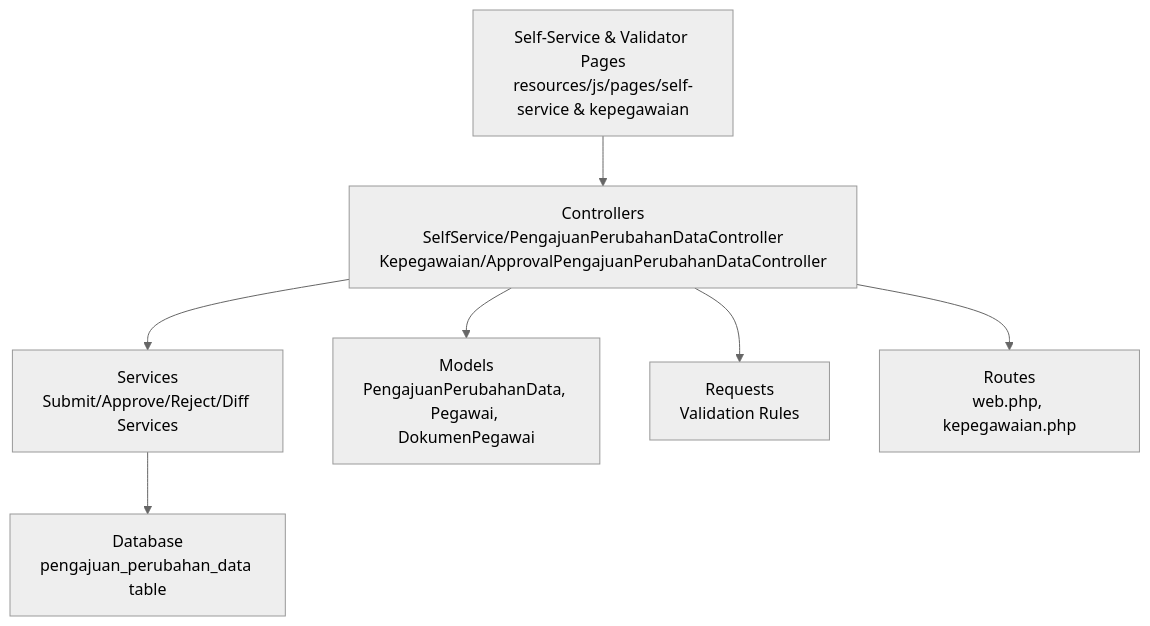
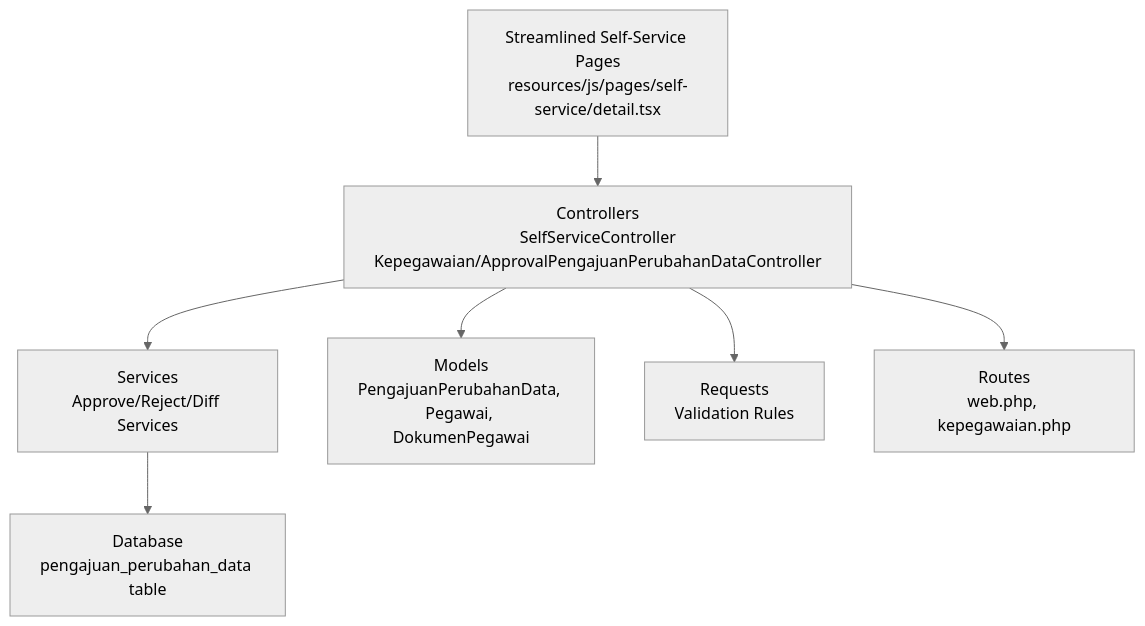
The second of 8 diagrams in .qoder/repowiki/en/content/Self-Service Portal/Self-Service Portal.md (PA-Penajam/kepegawaian_apps), drawn with Mermaid (neutral theme) before and after one commit. The commit also changed other lines of this file and 13 other files, not shown here.

````diff
--- a/.qoder/repowiki/en/content/Self-Service Portal/Self-Service Portal.md
+++ b/.qoder/repowiki/en/content/Self-Service Portal/Self-Service Portal.md
@@ -209,9 +194,9 @@
 ```mermaid
 graph TB
-UI["Self-Service & Validator Pages<br/>resources/js/pages/self-service & kepegawaian"] --> Ctl["Controllers<br/>SelfService/PengajuanPerubahanDataController<br/>Kepegawaian/ApprovalPengajuanPerubahanDataController"]
-Ctl --> Svc["Services<br/>Submit/Approve/Reject/Diff Services"]
+UI["Streamlined Self-Service Pages<br/>resources/js/pages/self-service/detail.tsx"] --> Ctl["Controllers<br/>SelfServiceController<br/>Kepegawaian/ApprovalPengajuanPerubahanDataController"]
+Ctl --> Svc["Services<br/>Approve/Reject/Diff Services"]
 Ctl --> Mdl["Models<br/>PengajuanPerubahanData, Pegawai, DokumenPegawai"]
 Ctl --> Req["Requests<br/>Validation Rules"]
 Ctl --> Rt["Routes<br/>web.php, kepegawaian.php"]
 Svc --> DB["Database<br/>pengajuan_perubahan_data table"]
 ```
````
